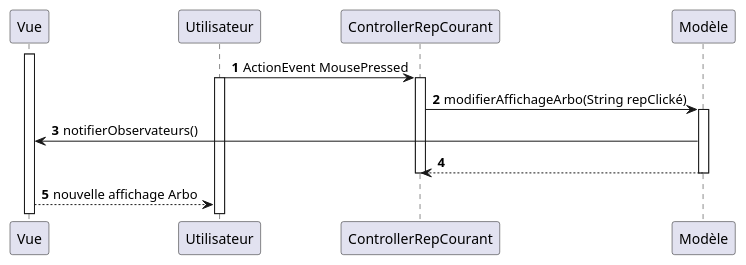
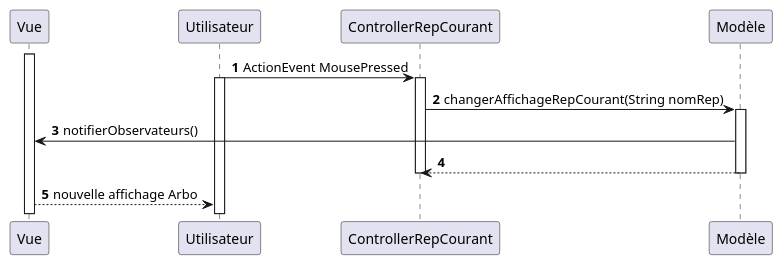
One commit to Oxsw1ng/SAE_3_01_MIJATOVIC_PINCHON_GUENFOUDI_PERRIER changed the diagram in Documents/Itération 1/introspectionRepCourantClickedOn.puml. Above: the diagram before and after it, drawn with PlantUML. The commit also changed 1 other file, not shown here.

```diff
--- a/Documents/Itération 1/introspectionRepCourantClickedOn.puml
+++ b/Documents/Itération 1/introspectionRepCourantClickedOn.puml
@@ -1,18 +1,18 @@
 @startuml
 'https://plantuml.com/sequence-diagram
 
 autonumber
 
 activate Vue
 Utilisateur -> ControllerRepCourant : ActionEvent MousePressed
 activate Utilisateur
 activate ControllerRepCourant
-ControllerRepCourant -> Modèle : modifierAffichageArbo(String repClické)
+ControllerRepCourant -> Modèle : changerAffichageRepCourant(String nomRep)
 activate Modèle
 Modèle -> Vue : notifierObservateurs()
 Modèle --> ControllerRepCourant
 deactivate Modèle
 deactivate ControllerRepCourant
 Vue --> Utilisateur : nouvelle affichage Arbo
 
 @enduml
```
